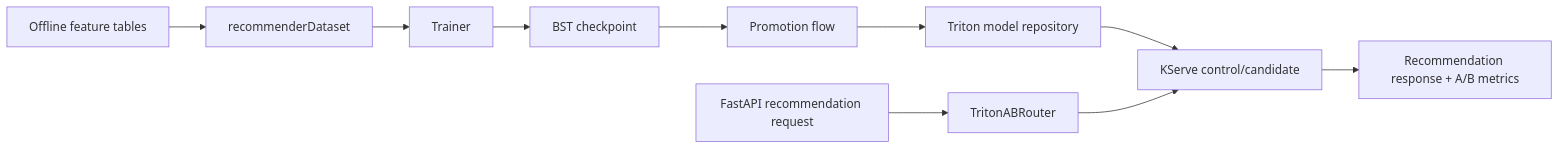
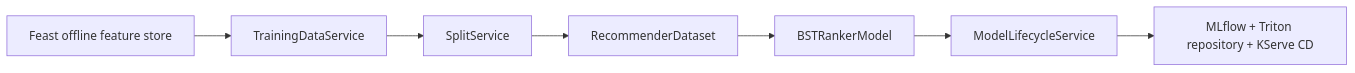
The first of 2 diagrams in docs/submission/rubic-final-coursework-(final-ml)/low_level_ml_design.md (itsmekhoathekid/RecSys-MLops), drawn with Mermaid before and after one commit. The commit also changed other lines of this file and 89 other files, not shown here.

````diff
--- a/docs/submission/rubic-final-coursework-(final-ml)/low_level_ml_design.md
+++ b/docs/submission/rubic-final-coursework-(final-ml)/low_level_ml_design.md
@@ -104,12 +17,9 @@
 ```mermaid
 flowchart LR
-  A["Offline feature tables"] --> B["recommenderDataset"]
-  B --> C["Trainer"]
-  C --> D["BST checkpoint"]
-  D --> E["Promotion flow"]
-  E --> F["Triton model repository"]
-  F --> G["KServe control/candidate"]
-  H["FastAPI recommendation request"] --> I["TritonABRouter"]
-  I --> G
-  G --> J["Recommendation response + A/B metrics"]
+  A["Feast offline feature store"] --> B["TrainingDataService"]
+  B --> C["SplitService"]
+  C --> D["RecommenderDataset"]
+  D --> E["BSTRankerModel"]
+  E --> F["ModelLifecycleService"]
+  F --> G["MLflow + Triton repository + KServe CD"]
 ```
````
